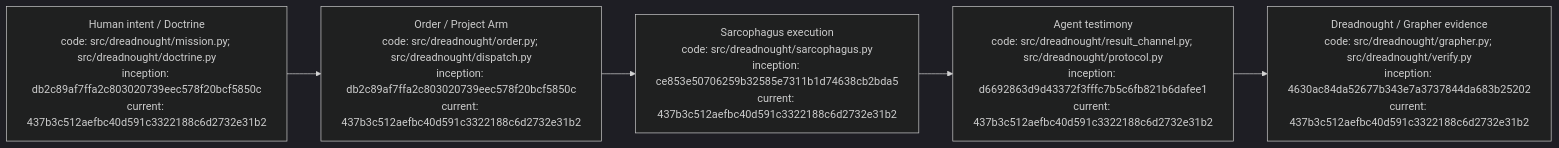
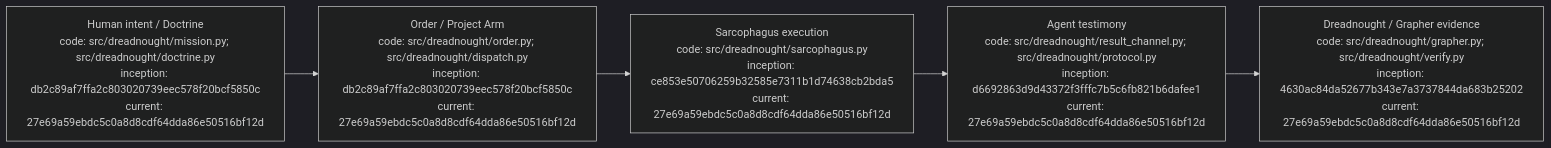
Before and after one commit to seanbman/dreadnought: the diagram in README.md, drawn with Mermaid (dark theme). The commit also changed other lines of this file, not shown here.

Commit message:
docs: link CLI usage from project entry point

````diff
--- a/README.md
+++ b/README.md
@@ -23,7 +28,7 @@
 ```mermaid
 flowchart LR
-    H["Human intent / Doctrine\ncode: src/dreadnought/mission.py; src/dreadnought/doctrine.py\ninception: db2c89af7ffa2c803020739eec578f20bcf5850c\ncurrent: 437b3c512aefbc40d591c3322188c6d2732e31b2"] --> O["Order / Project Arm\ncode: src/dreadnought/order.py; src/dreadnought/dispatch.py\ninception: db2c89af7ffa2c803020739eec578f20bcf5850c\ncurrent: 437b3c512aefbc40d591c3322188c6d2732e31b2"]
-    O --> S["Sarcophagus execution\ncode: src/dreadnought/sarcophagus.py\ninception: ce853e50706259b32585e7311b1d74638cb2bda5\ncurrent: 437b3c512aefbc40d591c3322188c6d2732e31b2"]
-    S --> A["Agent testimony\ncode: src/dreadnought/result_channel.py; src/dreadnought/protocol.py\ninception: d6692863d9d43372f3fffc7b5c6fb821b6dafee1\ncurrent: 437b3c512aefbc40d591c3322188c6d2732e31b2"]
-    A --> G["Dreadnought / Grapher evidence\ncode: src/dreadnought/grapher.py; src/dreadnought/verify.py\ninception: 4630ac84da52677b343e7a3737844da683b25202\ncurrent: 437b3c512aefbc40d591c3322188c6d2732e31b2"]
+    H["Human intent / Doctrine\ncode: src/dreadnought/mission.py; src/dreadnought/doctrine.py\ninception: db2c89af7ffa2c803020739eec578f20bcf5850c\ncurrent: 27e69a59ebdc5c0a8d8cdf64dda86e50516bf12d"] --> O["Order / Project Arm\ncode: src/dreadnought/order.py; src/dreadnought/dispatch.py\ninception: db2c89af7ffa2c803020739eec578f20bcf5850c\ncurrent: 27e69a59ebdc5c0a8d8cdf64dda86e50516bf12d"]
+    O --> S["Sarcophagus execution\ncode: src/dreadnought/sarcophagus.py\ninception: ce853e50706259b32585e7311b1d74638cb2bda5\ncurrent: 27e69a59ebdc5c0a8d8cdf64dda86e50516bf12d"]
+    S --> A["Agent testimony\ncode: src/dreadnought/result_channel.py; src/dreadnought/protocol.py\ninception: d6692863d9d43372f3fffc7b5c6fb821b6dafee1\ncurrent: 27e69a59ebdc5c0a8d8cdf64dda86e50516bf12d"]
+    A --> G["Dreadnought / Grapher evidence\ncode: src/dreadnought/grapher.py; src/dreadnought/verify.py\ninception: 4630ac84da52677b343e7a3737844da683b25202\ncurrent: 27e69a59ebdc5c0a8d8cdf64dda86e50516bf12d"]
 ```
````
